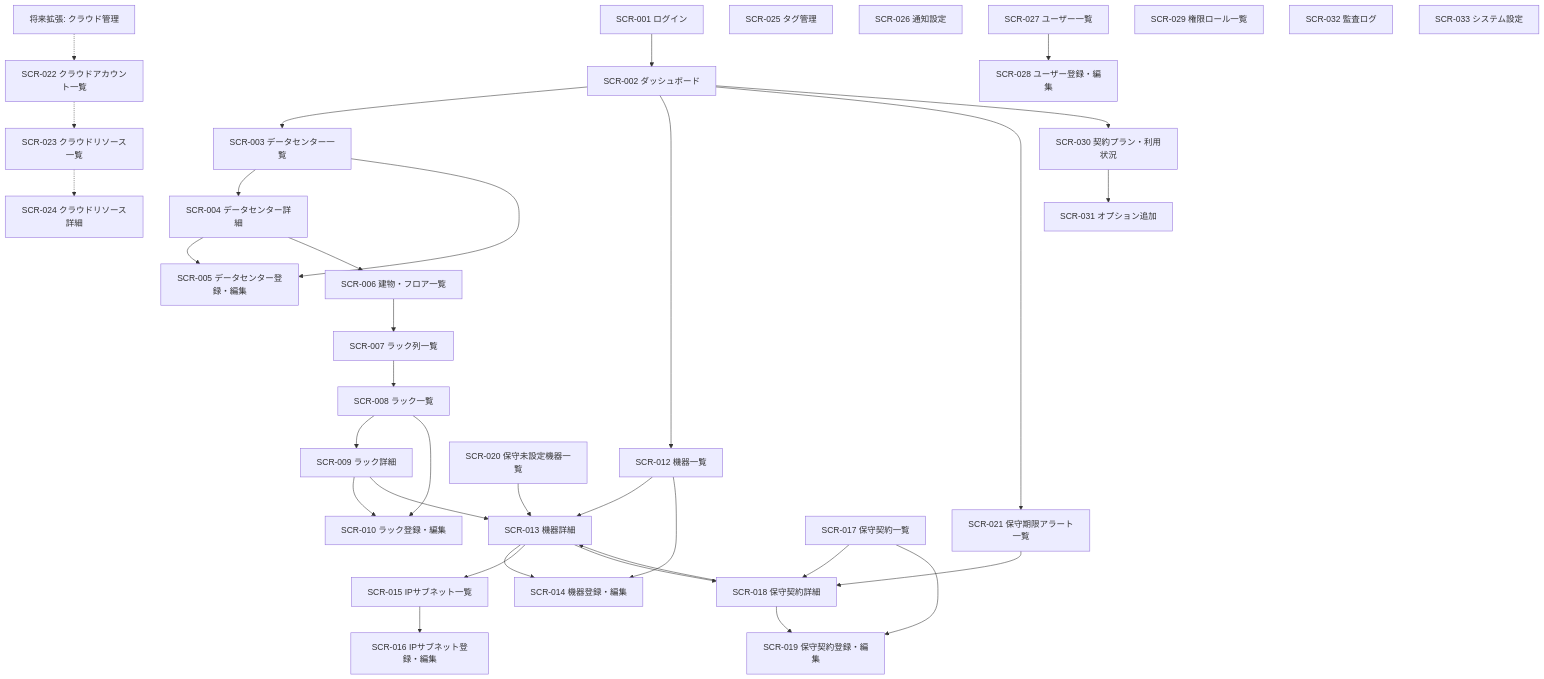
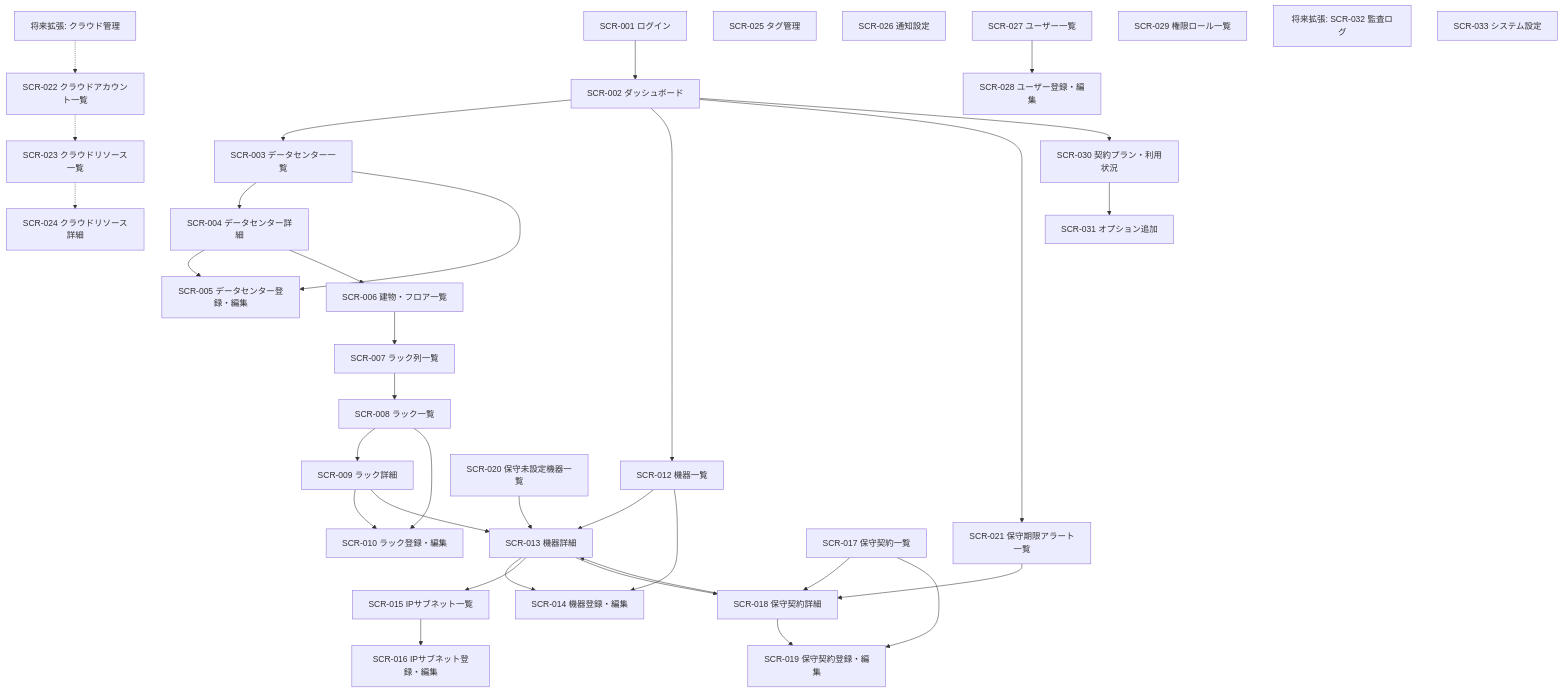
Before and after one commit to D03456/dcim: the first of 4 diagrams in docs/03_basic_design/02_screen_transition.md, drawn with Mermaid. The commit also changed other lines of this file and 5 other files, not shown here.

````diff
--- a/docs/03_basic_design/02_screen_transition.md
+++ b/docs/03_basic_design/02_screen_transition.md
@@ -17,47 +17,47 @@
 ```mermaid
 flowchart TD
     Login[SCR-001 ログイン] --> Dashboard[SCR-002 ダッシュボード]
 
     Dashboard --> DCList[SCR-003 データセンター一覧]
     Dashboard --> DeviceList[SCR-012 機器一覧]
     Dashboard --> MaintenanceAlert[SCR-021 保守期限アラート一覧]
     Dashboard --> Usage[SCR-030 契約プラン・利用状況]
 
     DCList --> DCDetail[SCR-004 データセンター詳細]
     DCList --> DCEdit[SCR-005 データセンター登録・編集]
     DCDetail --> DCEdit
     DCDetail --> BuildingFloor[SCR-006 建物・フロア一覧]
     BuildingFloor --> RackRow[SCR-007 ラック列一覧]
     RackRow --> RackList[SCR-008 ラック一覧]
     RackList --> RackDetail[SCR-009 ラック詳細]
     RackList --> RackEdit[SCR-010 ラック登録・編集]
     RackDetail --> RackEdit
     RackDetail --> DeviceDetail[SCR-013 機器詳細]
 
     DeviceList --> DeviceDetail
     DeviceList --> DeviceEdit[SCR-014 機器登録・編集]
     DeviceDetail --> DeviceEdit
     DeviceDetail --> IPList[SCR-015 IPサブネット一覧]
     DeviceDetail --> MaintenanceDetail[SCR-018 保守契約詳細]
 
     IPList --> IPEdit[SCR-016 IPサブネット登録・編集]
 
     MaintenanceList[SCR-017 保守契約一覧] --> MaintenanceDetail
     MaintenanceList --> MaintenanceEdit[SCR-019 保守契約登録・編集]
     MaintenanceDetail --> MaintenanceEdit
     MaintenanceDetail --> DeviceDetail
     NoMaintenance[SCR-020 保守未設定機器一覧] --> DeviceDetail
     MaintenanceAlert --> MaintenanceDetail
 
     FutureCloud[将来拡張: クラウド管理] -.-> CloudAccount[SCR-022 クラウドアカウント一覧]
     CloudAccount -.-> CloudResourceList[SCR-023 クラウドリソース一覧]
     CloudResourceList -.-> CloudResourceDetail[SCR-024 クラウドリソース詳細]
 
     Tag[SCR-025 タグ管理]
     Notification[SCR-026 通知設定]
     UserList[SCR-027 ユーザー一覧] --> UserEdit[SCR-028 ユーザー登録・編集]
     Role[SCR-029 権限ロール一覧]
     Usage --> Option[SCR-031 オプション追加]
-    Audit[SCR-032 監査ログ]
+    FutureAudit[将来拡張: SCR-032 監査ログ]
     SystemSetting[SCR-033 システム設定]
 ```
````
